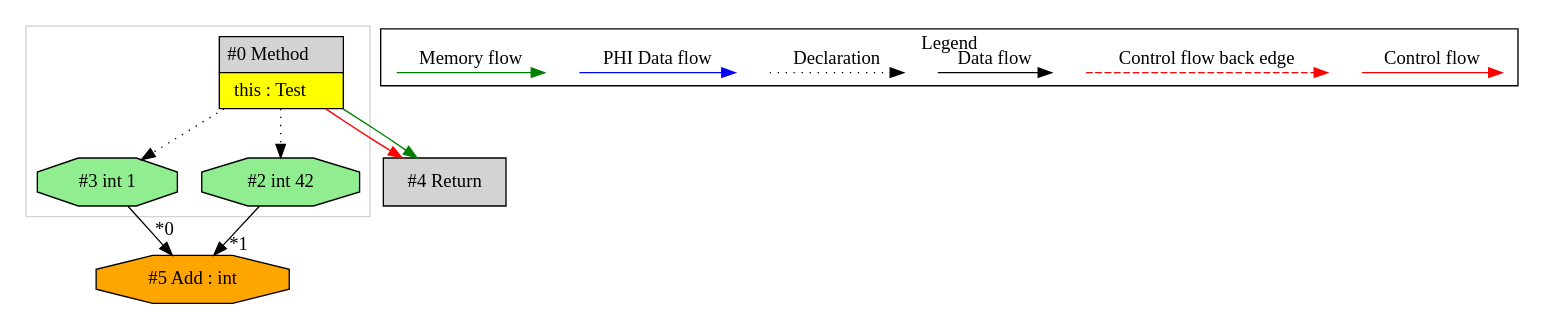
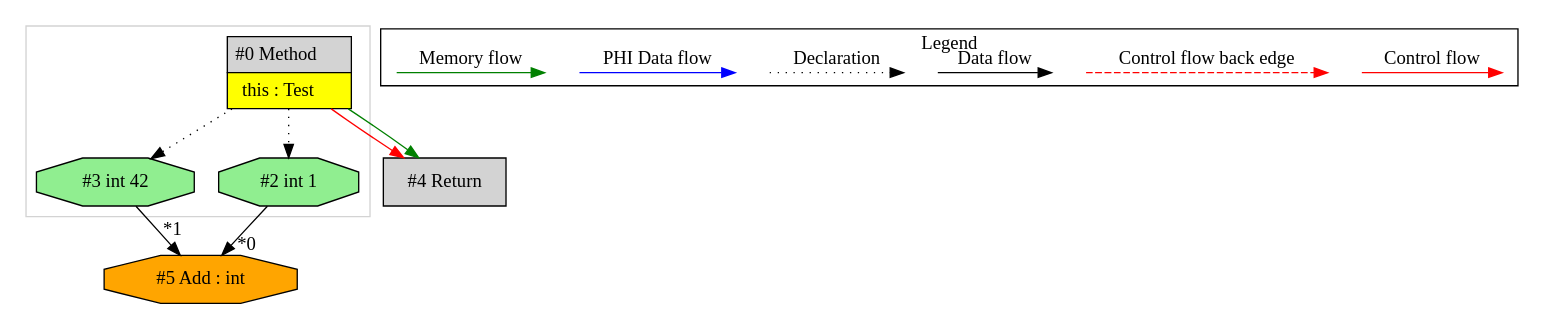
One commit to mirkosertic/MetaIR changed the diagram in de.mirkosertic.metair.ir.OpcodeIINCTest/test_IINC/ir.dot. Above: the diagram before and after it, drawn with Graphviz. The commit also changed 636 other files, not shown here.

```diff
--- a/de.mirkosertic.metair.ir.OpcodeIINCTest/test_IINC/ir.dot
+++ b/de.mirkosertic.metair.ir.OpcodeIINCTest/test_IINC/ir.dot
@@ -1,46 +1,46 @@
 digraph {
  ordering="in";
  node0[margin="0", label=<<table border="0" cellborder="1" cellspacing="0" cellpadding="5"><tr><td colspan="1">#0 Method</td></tr><tr><td port="prj1" bgcolor="yellow">this : Test</td></tr></table>>,shape=none, fillcolor=lightgrey, style=filled];
  node4[label="#4 Return",shape=box, fillcolor=lightgrey, style=filled];
  node0 -> node4[labeldistance=2, color=red, fontcolor=red];
  node0 -> node4[labeldistance=2, color=green, constraint=false];
- node3[label="#3 int 1",shape=octagon, fillcolor=lightgreen, style=filled];
+ node3[label="#3 int 42",shape=octagon, fillcolor=lightgreen, style=filled];
  node0 -> node3[style=dotted];
  node5[label="#5 Add : int",shape=octagon, fillcolor=orange, style=filled];
- node3 -> node5[headlabel="*0", labeldistance=2];
- node2 -> node5[headlabel="*1", labeldistance=2];
- node2[label="#2 int 42",shape=octagon, fillcolor=lightgreen, style=filled];
+ node2 -> node5[headlabel="*0", labeldistance=2];
+ node3 -> node5[headlabel="*1", labeldistance=2];
+ node2[label="#2 int 1",shape=octagon, fillcolor=lightgreen, style=filled];
  node0 -> node2[style=dotted];
  subgraph cluster_0 {
   color=lightgray;
   node0;
   node2;
   node3;
  }
  subgraph cluster_000 {
   label = "Legend";
   node [shape=point]
   {
    rank=same;
    c0 [style = invis];
    c1 [style = invis];
    c2 [style = invis];
    c3 [style = invis];
    d0 [style = invis];
    d1 [style = invis];
    d2 [style = invis];
    d3 [style = invis];
    d4 [style = invis];
    d5 [style = invis];
    d6 [style = invis];
    d7 [style = invis];
   }
   c0 -> c1 [label="Control flow", style=solid, color=red]
   c2 -> c3 [label="Control flow back edge", style=dashed, color=red]
   d0 -> d1 [label="Data flow"]
   d2 -> d3 [label="Declaration", style=dotted]
   d4 -> d5 [label="PHI Data flow", color=blue]
   d6 -> d7 [label="Memory flow", color=green]
  }
 
 }
```
